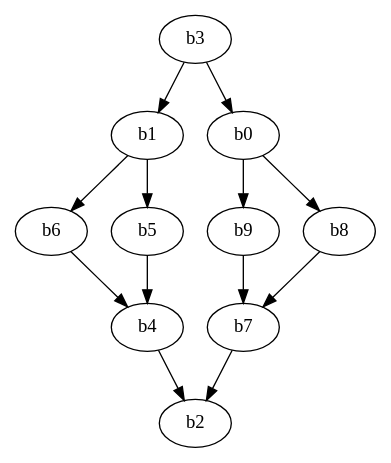
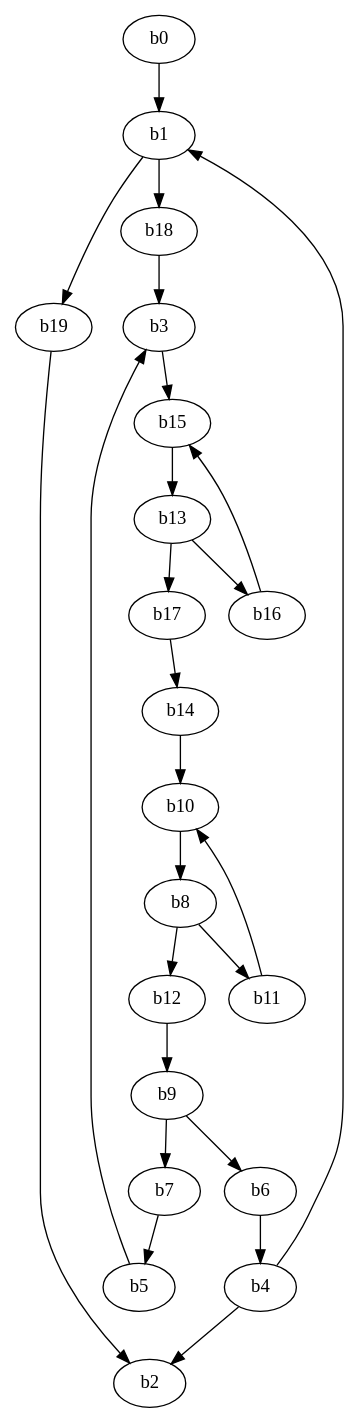
Before and after one commit to JoelWAnna/MiniOptimizingCompiler: the diagram in MiniOptIm3/before.dot, drawn with Graphviz. The commit also changed 11 other files, not shown here.

```diff
--- a/MiniOptIm3/before.dot
+++ b/MiniOptIm3/before.dot
@@ -1,15 +1,27 @@
 digraph MIL {
-  b3;
-  b3 -> b1;
-  b1 -> b6;
-  b1 -> b5;
+  b0;
+  b0 -> b1;
+  b4 -> b1;
+  b1 -> b19;
+  b1 -> b18;
+  b18 -> b3;
+  b5 -> b3;
+  b3 -> b15;
+  b16 -> b15;
+  b15 -> b13;
+  b13 -> b17;
+  b17 -> b14;
+  b14 -> b10;
+  b11 -> b10;
+  b10 -> b8;
+  b8 -> b12;
+  b12 -> b9;
+  b9 -> b7;
+  b7 -> b5;
+  b9 -> b6;
   b6 -> b4;
-  b5 -> b4;
-  b3 -> b0;
-  b0 -> b9;
-  b0 -> b8;
-  b9 -> b7;
-  b8 -> b7;
+  b19 -> b2;
   b4 -> b2;
-  b7 -> b2;
+  b8 -> b11;
+  b13 -> b16;
 }
```
